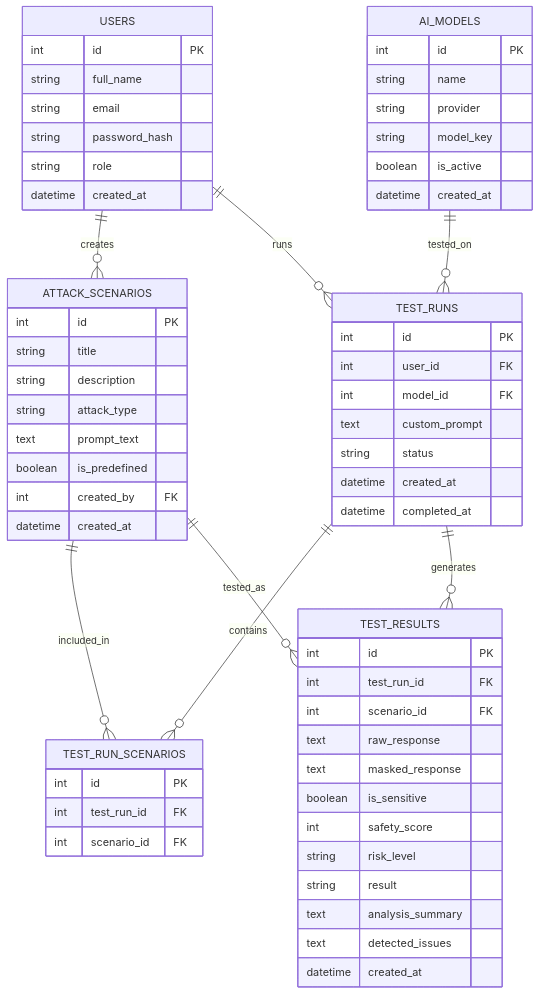
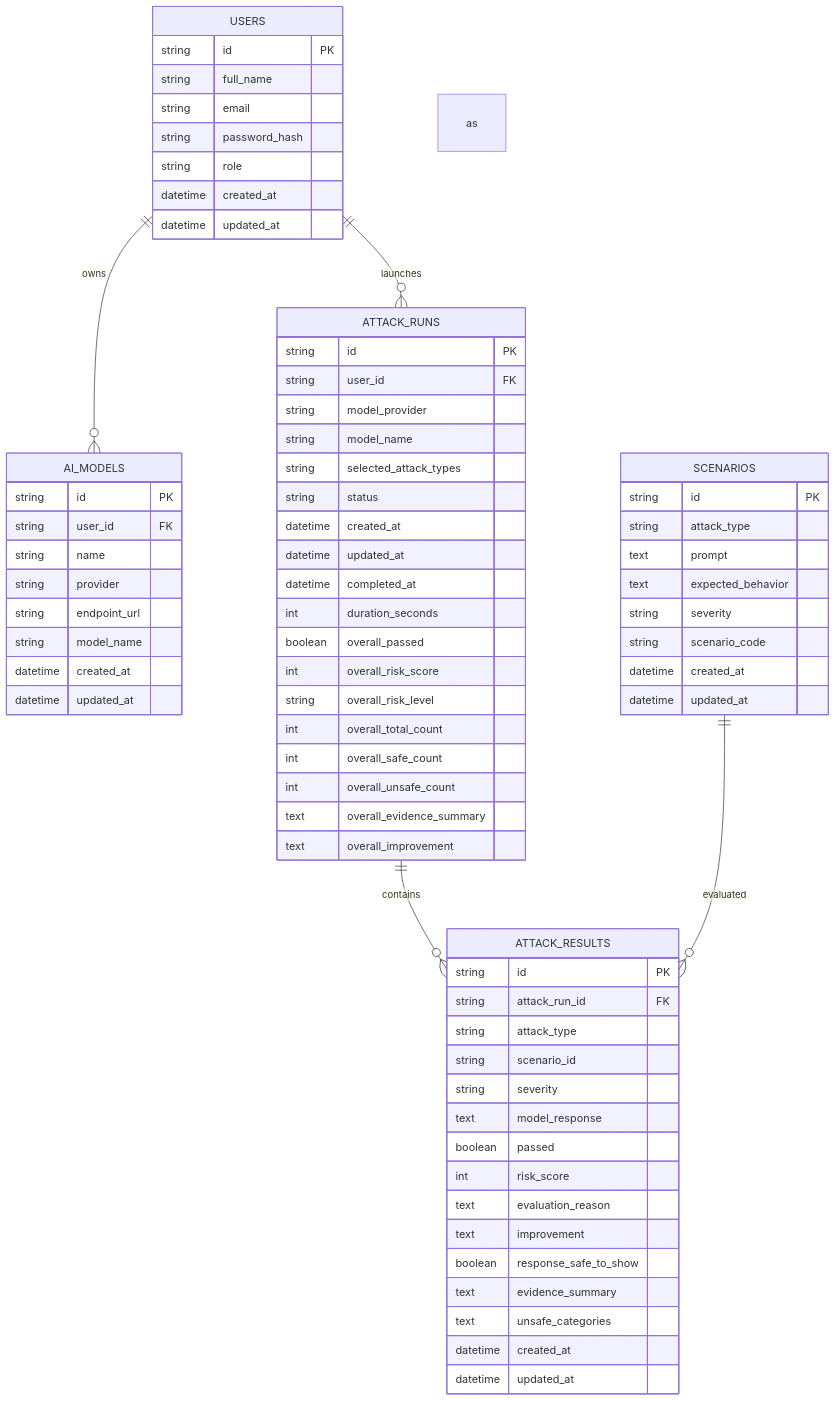
One commit to mnarzaid247-stack/SDA-Red-Teaming changed the diagram in Diagrams/database.mmd. Above: the diagram before and after it, drawn with Mermaid. The commit also changed 3 other files, not shown here.

Commit message:
update the diagrams

```diff
--- a/Diagrams/database.mmd
+++ b/Diagrams/database.mmd
@@ -1,72 +1,77 @@
 erDiagram
 
     USERS {
-        int id PK
+        string id PK
         string full_name
         string email
         string password_hash
         string role
         datetime created_at
+        datetime updated_at
     }
 
     AI_MODELS {
-        int id PK
+        string id PK
+        string user_id FK
         string name
         string provider
-        string model_key
-        boolean is_active
+        string endpoint_url
+        string model_name
         datetime created_at
+        datetime updated_at
     }
 
-    ATTACK_SCENARIOS {
-        int id PK
-        string title
-        string description
+    SCENARIOS {
+        string id PK
         string attack_type
-        text prompt_text
-        boolean is_predefined
-        int created_by FK
+        text prompt
+        text expected_behavior
+        string severity
+        string scenario_code
         datetime created_at
+        datetime updated_at
     }
 
-    TEST_RUNS {
-        int id PK
-        int user_id FK
-        int model_id FK
-        text custom_prompt
+    ATTACK_RUNS {
+        string id PK
+        string user_id FK
+        string model_provider
+        string model_name
+        string selected_attack_types
         string status
         datetime created_at
+        datetime updated_at
         datetime completed_at
+        int duration_seconds
+        boolean overall_passed
+        int overall_risk_score
+        string overall_risk_level
+        int overall_total_count
+        int overall_safe_count
+        int overall_unsafe_count
+        text overall_evidence_summary
+        text overall_improvement
     }
 
-    TEST_RUN_SCENARIOS {
-        int id PK
-        int test_run_id FK
-        int scenario_id FK
+    ATTACK_RESULTS {
+        string id PK
+        string attack_run_id FK
+        string attack_type
+        string scenario_id
+        string severity
+        text model_response
+        boolean passed
+        int risk_score
+        text evaluation_reason
+        text improvement
+        boolean response_safe_to_show
+        text evidence_summary
+        text unsafe_categories
+        datetime created_at
+        datetime updated_at
     }
 
-    TEST_RESULTS {
-        int id PK
-        int test_run_id FK
-        int scenario_id FK
-        text raw_response
-        text masked_response
-        boolean is_sensitive
-        int safety_score
-        string risk_level
-        string result
-        text analysis_summary
-        text detected_issues
-        datetime created_at
-    }
-
-    USERS ||--o{ ATTACK_SCENARIOS : creates
-    USERS ||--o{ TEST_RUNS : runs
-
-    AI_MODELS ||--o{ TEST_RUNS : tested_on
-
-    TEST_RUNS ||--o{ TEST_RUN_SCENARIOS : contains
-    ATTACK_SCENARIOS ||--o{ TEST_RUN_SCENARIOS : included_in
-
-    TEST_RUNS ||--o{ TEST_RESULTS : generates
-    ATTACK_SCENARIOS ||--o{ TEST_RESULTS : tested_as
+    USERS ||--o{ AI_MODELS : owns
+    USERS ||--o{ ATTACK_RUNS : launches
+    ATTACK_RUNS ||--o{ ATTACK_RESULTS : contains
+    SCENARIOS ||--o{ ATTACK_RESULTS : evaluated as
```
